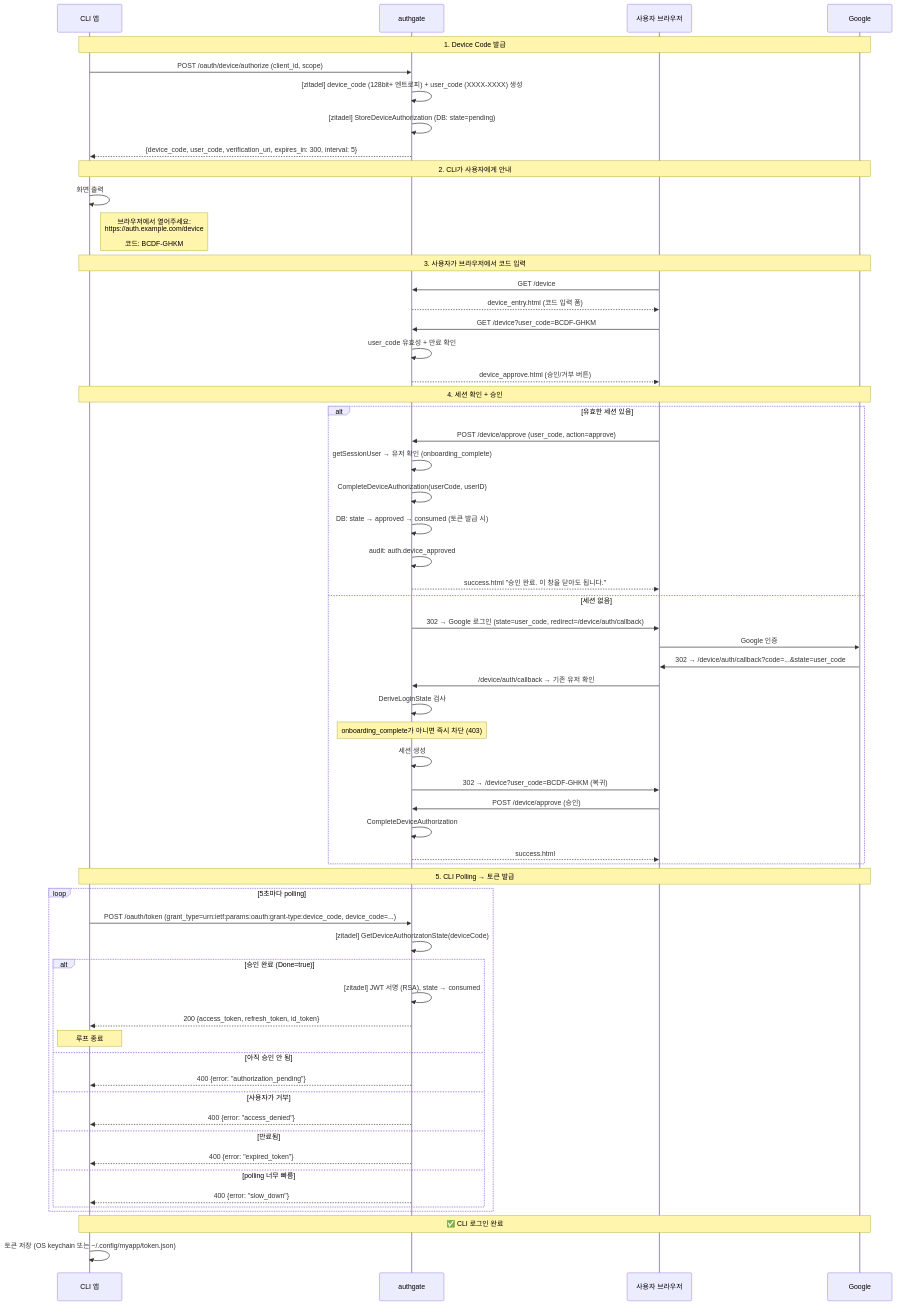
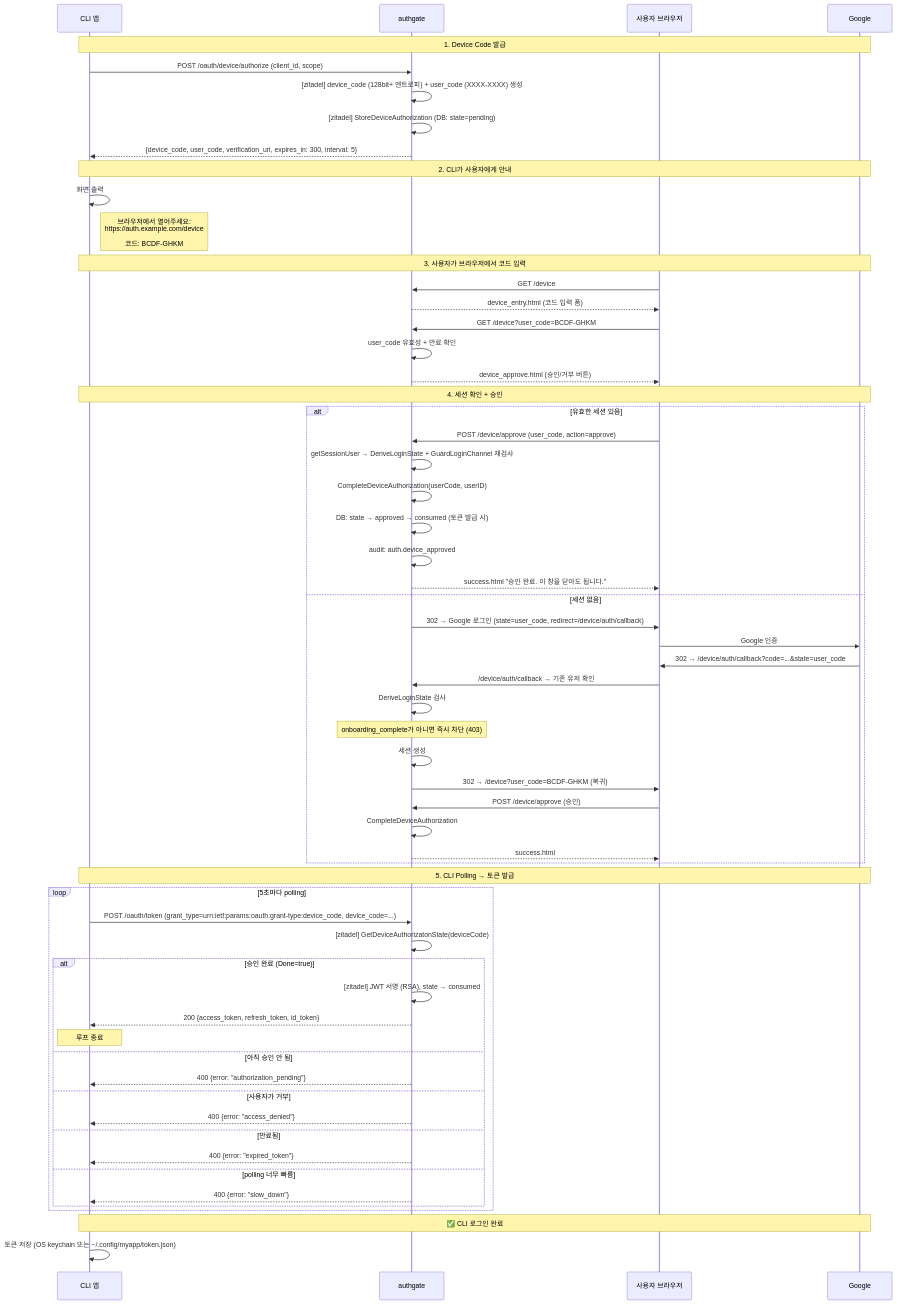
The first of 2 diagrams in docs/spec/003-device-login.md (cagojeiger/authgate), drawn with Mermaid before and after one commit. The commit also changed other lines of this file and 7 other files, not shown here.

````diff
--- a/docs/spec/003-device-login.md
+++ b/docs/spec/003-device-login.md
@@ -38,68 +38,68 @@
 ```mermaid
 sequenceDiagram
     participant CLI as CLI 앱
     participant AG as authgate
     participant U as 사용자 브라우저
     participant G as Google
 
     Note over CLI,G: 1. Device Code 발급
     CLI->>AG: POST /oauth/device/authorize (client_id, scope)
     AG->>AG: [zitadel] device_code (128bit+ 엔트로피) + user_code (XXXX-XXXX) 생성
     AG->>AG: [zitadel] StoreDeviceAuthorization (DB: state=pending)
     AG-->>CLI: {device_code, user_code, verification_uri, expires_in: 300, interval: 5}
 
     Note over CLI,G: 2. CLI가 사용자에게 안내
     CLI->>CLI: 화면 출력
     Note right of CLI: 브라우저에서 열어주세요:<br/>https://auth.example.com/device<br/><br/>코드: BCDF-GHKM
 
     Note over CLI,G: 3. 사용자가 브라우저에서 코드 입력
     U->>AG: GET /device
     AG-->>U: device_entry.html (코드 입력 폼)
     U->>AG: GET /device?user_code=BCDF-GHKM
     AG->>AG: user_code 유효성 + 만료 확인
     AG-->>U: device_approve.html (승인/거부 버튼)
 
     Note over CLI,G: 4. 세션 확인 + 승인
     alt 유효한 세션 있음
         U->>AG: POST /device/approve (user_code, action=approve)
-        AG->>AG: getSessionUser → 유저 확인 (onboarding_complete)
+        AG->>AG: getSessionUser → DeriveLoginState + GuardLoginChannel 재검사
         AG->>AG: CompleteDeviceAuthorization(userCode, userID)
         AG->>AG: DB: state → approved → consumed (토큰 발급 시)
         AG->>AG: audit: auth.device_approved
         AG-->>U: success.html "승인 완료. 이 창을 닫아도 됩니다."
     else 세션 없음
         AG->>U: 302 → Google 로그인 (state=user_code, redirect=/device/auth/callback)
         U->>G: Google 인증
         G->>U: 302 → /device/auth/callback?code=...&state=user_code
         U->>AG: /device/auth/callback → 기존 유저 확인
         AG->>AG: DeriveLoginState 검사
         Note over AG: onboarding_complete가 아니면 즉시 차단 (403)
         AG->>AG: 세션 생성
         AG->>U: 302 → /device?user_code=BCDF-GHKM (복귀)
         U->>AG: POST /device/approve (승인)
         AG->>AG: CompleteDeviceAuthorization
         AG-->>U: success.html
     end
 
     Note over CLI,G: 5. CLI Polling → 토큰 발급
     loop 5초마다 polling
         CLI->>AG: POST /oauth/token (grant_type=urn:ietf:params:oauth:grant-type:device_code, device_code=...)
         AG->>AG: [zitadel] GetDeviceAuthorizatonState(deviceCode)
         alt 승인 완료 (Done=true)
             AG->>AG: [zitadel] JWT 서명 (RSA), state → consumed
             AG-->>CLI: 200 {access_token, refresh_token, id_token}
             Note over CLI: 루프 종료
         else 아직 승인 안 됨
             AG-->>CLI: 400 {error: "authorization_pending"}
         else 사용자가 거부
             AG-->>CLI: 400 {error: "access_denied"}
         else 만료됨
             AG-->>CLI: 400 {error: "expired_token"}
         else polling 너무 빠름
             AG-->>CLI: 400 {error: "slow_down"}
         end
     end
 
     Note over CLI,G: ✅ CLI 로그인 완료
     CLI->>CLI: 토큰 저장 (OS keychain 또는 ~/.config/myapp/token.json)
 ```
````
